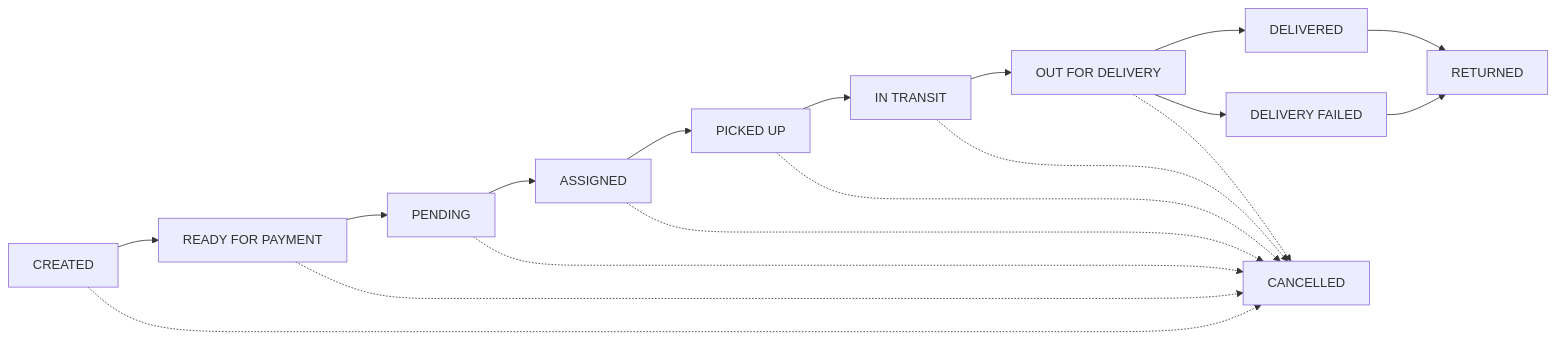
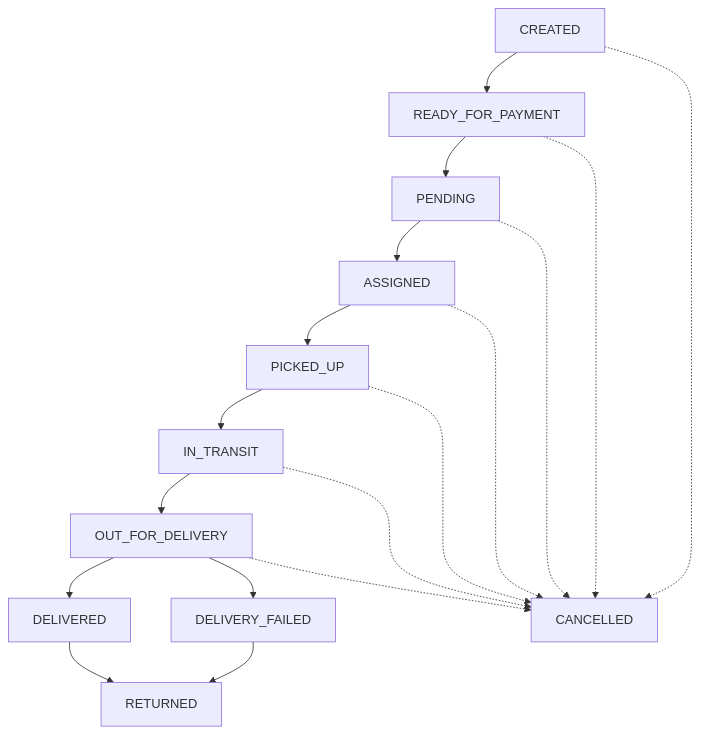
The diagram in README.md (Hayder987/swift-courier-frontend), drawn with Mermaid before and after one commit. The commit also changed other lines of this file and 4 other files, not shown here.

````diff
--- a/README.md
+++ b/README.md
@@ -173,21 +221,20 @@
 ```mermaid
-flowchart LR
-    CREATED[CREATED] --> READY_FOR_PAYMENT[READY FOR PAYMENT]
-    READY_FOR_PAYMENT --> PENDING[PENDING]
-    PENDING --> ASSIGNED[ASSIGNED]
-    ASSIGNED --> PICKED_UP[PICKED UP]
-    PICKED_UP --> IN_TRANSIT[IN TRANSIT]
-    IN_TRANSIT --> OUT_FOR_DELIVERY[OUT FOR DELIVERY]
-    OUT_FOR_DELIVERY --> DELIVERED[DELIVERED]
-    OUT_FOR_DELIVERY --> DELIVERY_FAILED[DELIVERY FAILED]
-    DELIVERED --> RETURNED[RETURNED]
-    DELIVERY_FAILED --> RETURNED
-
-    CREATED -.-> CANCELLED[CANCELLED]
-    READY_FOR_PAYMENT -.-> CANCELLED
-    PENDING -.-> CANCELLED
-    ASSIGNED -.-> CANCELLED
-    PICKED_UP -.-> CANCELLED
-    IN_TRANSIT -.-> CANCELLED
-    OUT_FOR_DELIVERY -.-> CANCELLED
+flowchart TD
+    A[CREATED] --> B[READY_FOR_PAYMENT]
+    B --> C[PENDING]
+    C --> D[ASSIGNED]
+    D --> E[PICKED_UP]
+    E --> F[IN_TRANSIT]
+    F --> G[OUT_FOR_DELIVERY]
+    G --> H[DELIVERED]
+    G --> I[DELIVERY_FAILED]
+    H --> J[RETURNED]
+    I --> J
+    A -.-> K[CANCELLED]
+    B -.-> K
+    C -.-> K
+    D -.-> K
+    E -.-> K
+    F -.-> K
+    G -.-> K
 ```
````
